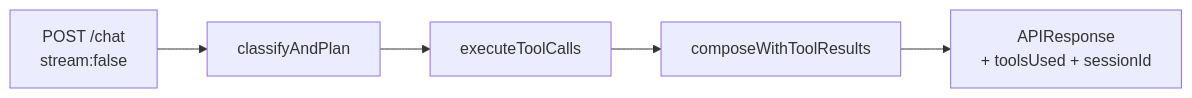
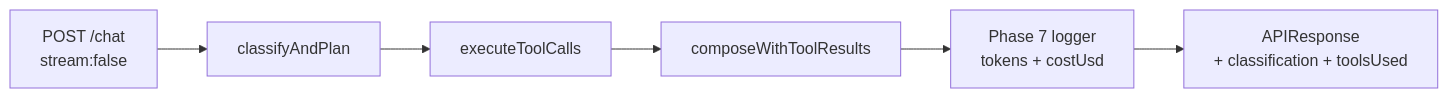
One commit to sriramkasyap/Airtribe-AI-HR-Helpdesk-Assistant changed the tenth of 11 diagrams in ARCHITECTURE.md. Above: the diagram before and after it, drawn with Mermaid. The commit also changed other lines of this file and 21 other files, not shown here.

````diff
--- a/ARCHITECTURE.md
+++ b/ARCHITECTURE.md
@@ -364,7 +366,8 @@
 ```mermaid
 flowchart LR
   Req["POST /chat<br/>stream:false"] --> T1["classifyAndPlan"]
   T1 --> Tools["executeToolCalls"]
   Tools --> T2["composeWithToolResults"]
-  T2 --> JSON["APIResponse<br/>+ toolsUsed + sessionId"]
+  T2 --> Log["Phase 7 logger<br/>tokens + costUsd"]
+  Log --> JSON["APIResponse<br/>+ classification + toolsUsed"]
 ```
````
